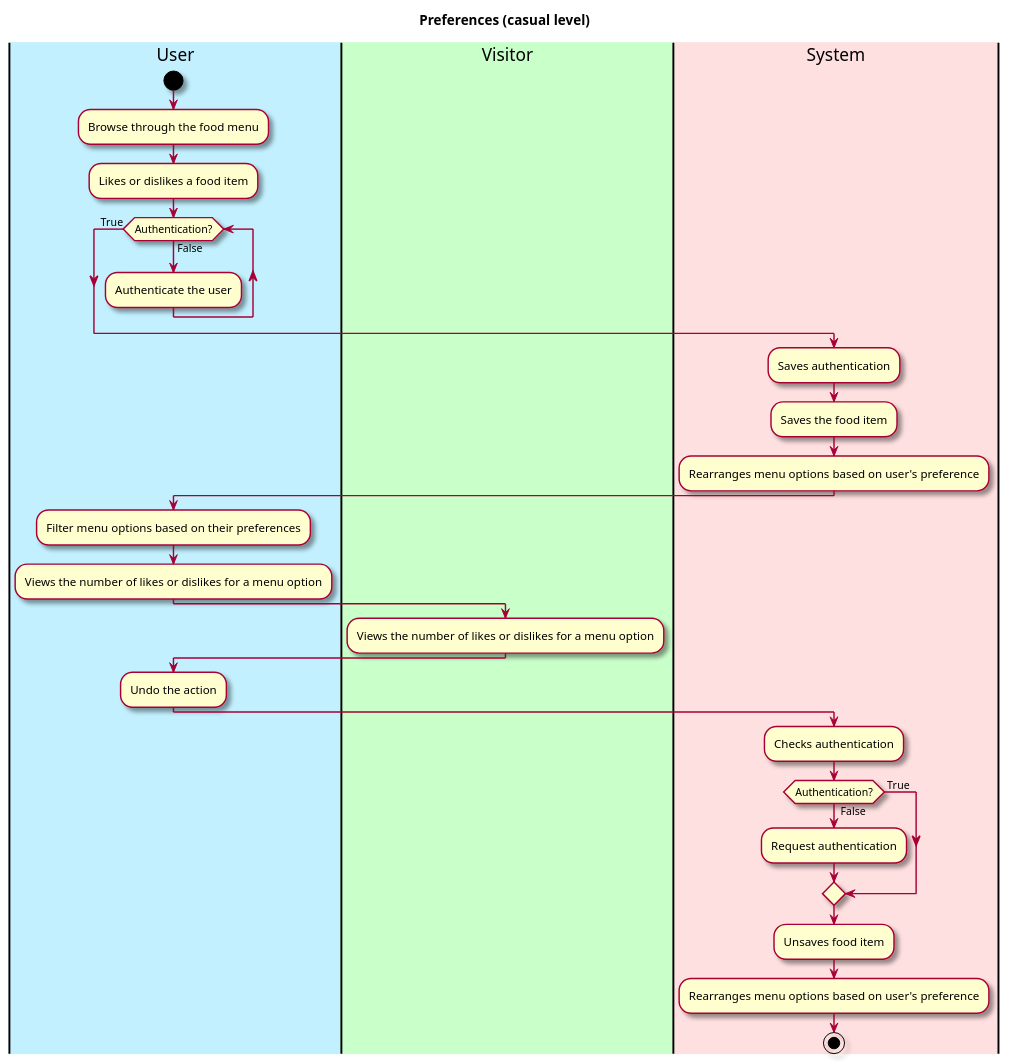
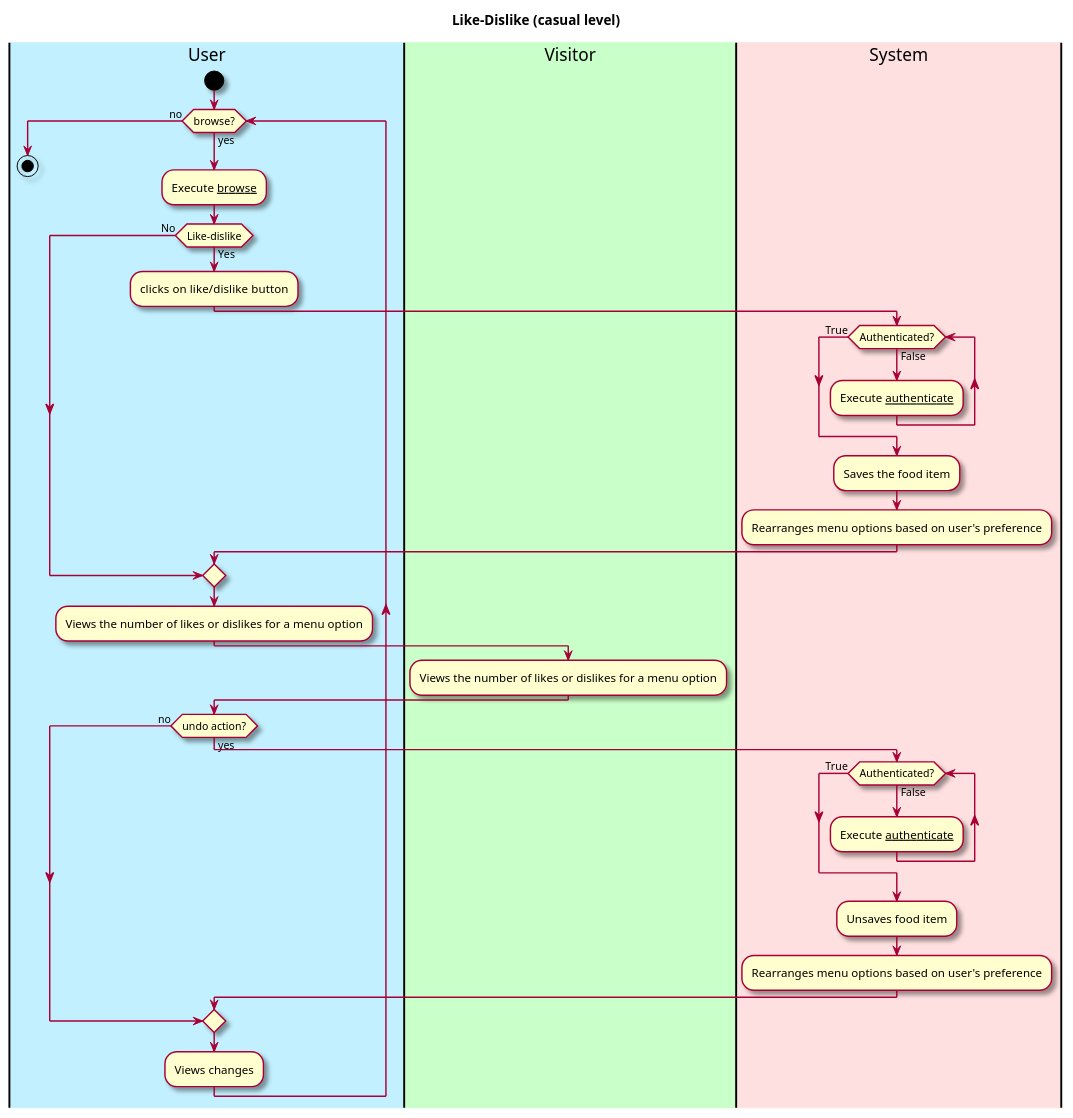
Before and after one commit to EzekielEkanem/team-1d: the diagram in intellij/doc/use-cases/use-case-like-dislike.md, drawn with PlantUML. The commit also changed other lines of this file and 7 other files, not shown here.

Commit message:
Updated get-notifications, like-dislike, preference, and authenticate use-cases

````diff
--- a/intellij/doc/use-cases/use-case-like-dislike.md
+++ b/intellij/doc/use-cases/use-case-like-dislike.md
@@ -32,46 +37,56 @@
 ```plantuml
 @startuml
 
 skin rose
 
-title Preferences (casual level)
+title Like-Dislike (casual level)
 
 'define the lanes
 |#application|User|
 |#technology|Visitor|
 |#implementation|System|
 
-|User|
-start
-:Browse through the food menu;
-:Likes or dislikes a food item;
-while (Authentication?) is (False)
-  :Authenticate the user;
-endwhile (True)
-
-|System|
-:Saves authentication;
-:Saves the food item;
-:Rearranges menu options based on user's preference;
 
 |User|
-:Filter menu options based on their preferences;
-:Views the number of likes or dislikes for a menu option;
 
-|Visitor|
-:Views the number of likes or dislikes for a menu option;
+start  
 
-|User|
-:Undo the action;
+while (browse?) is (yes) 
+    :Execute __browse__;
+    if (Like-dislike) is (Yes) then
+        :clicks on like/dislike  button;
+        
+        |System|
+        while (Authenticated?) is (False)
+            :Execute __authenticate__;
+        endwhile (True)
+        :Saves the food item;
+        :Rearranges menu options based on user's preference;
+        
+    else (No)
+    endif  
+    
+    |User|
+    :Views the number of likes or dislikes for a menu option;
+    
+    |Visitor|
+    :Views the number of likes or dislikes for a menu option;
+    
+    |User|
+    if (undo action?) is (yes) then
+        
+        |System|
+        while (Authenticated?) is (False)
+            :Execute __authenticate__;
+        endwhile (True)
+        :Unsaves food item;
+        :Rearranges menu options based on user's preference;
+    else (no)
+    endif
+    |User|
+    :Views changes;
+endwhile(no)
 
-|System|
-:Checks authentication;
-if (Authentication?) is  ( False ) then
-:Request authentication;
-else ( True ) 
-endif
-:Unsaves food item;
-:Rearranges menu options based on user's preference;
 stop
 @enduml
 ```
````
